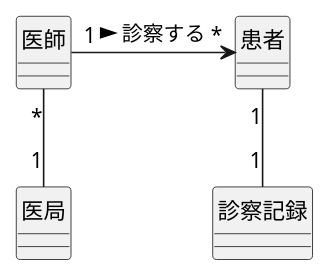
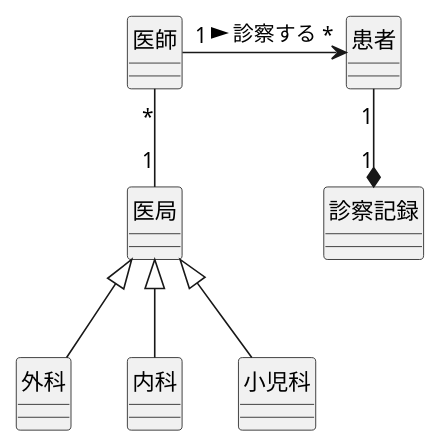
The diagram in 演習3-2_CL_医師と患者と医局と診療記録.pu (Takhshi/uml-introduction), drawn with PlantUML before and after one commit. The commit also changed 1 other file, not shown here.

```diff
--- a/演習3-2_CL_医師と患者と医局と診療記録.pu
+++ b/演習3-2_CL_医師と患者と医局と診療記録.pu
@@ -1,11 +1,18 @@
 @startuml 医師と患者と医局と診療記録
+' left to right direction
 skinparam classAttributeIconSize 0
 class 患者{}
 class 医師{}
 class 医局{}
+class 外科{}
+class 内科{}
+class 小児科{}
 class 診察記録{}
-医師 "1"-right->"*" 患者:診察する >
+医師 "1" -right-> "*" 患者:診察する >
 医師 "*" -- "1" 医局
-患者 "1"-down-"1" 診察記録
+患者 "1" --* "1" 診察記録
+医局 <|-down- 外科
+医局 <|-down- 内科
+医局 <|-down- 小児科
 hide circle
 @enduml
```
